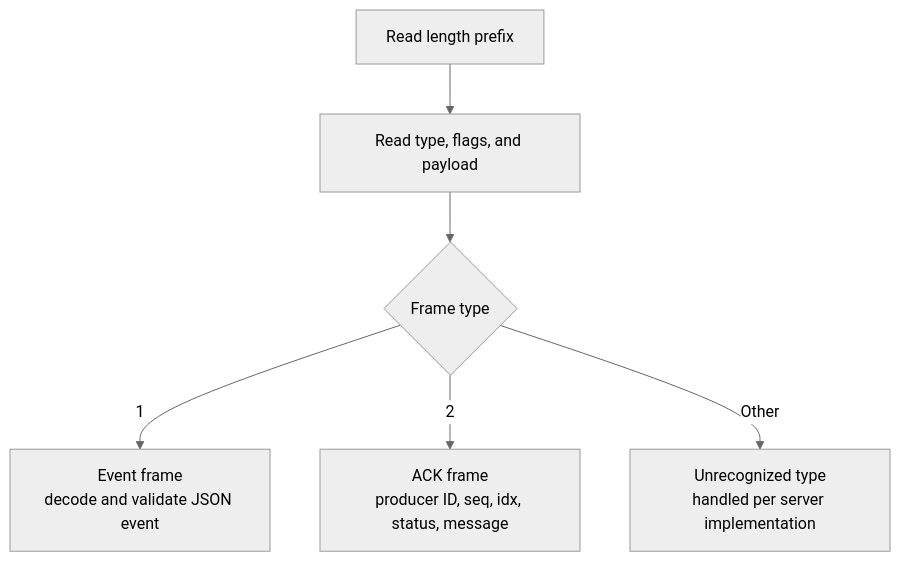
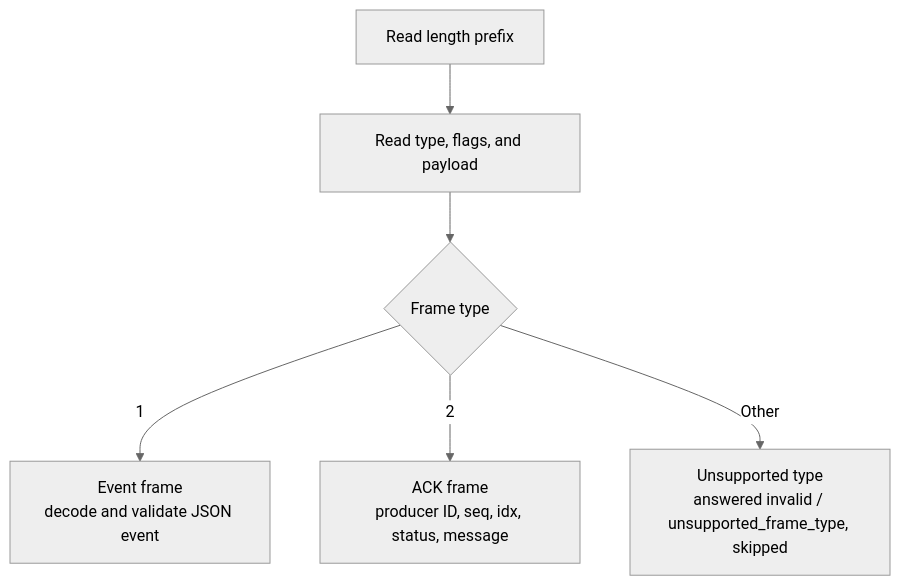
The second of 2 diagrams in docs/wire-protocol.md (PratyushVishal11011/Fairgate), drawn with Mermaid (neutral theme) before and after one commit. The commit also changed other lines of this file and 27 other files, not shown here.

````diff
--- a/docs/wire-protocol.md
+++ b/docs/wire-protocol.md
@@ -28,8 +28,8 @@
 ```mermaid
 flowchart TD
     R["Read length prefix"] --> RB["Read type, flags, and payload"]
     RB --> TY{"Frame type"}
     TY -->|"1"| EV["Event frame<br/>decode and validate JSON event"]
     TY -->|"2"| AK["ACK frame<br/>producer ID, seq, idx, status, message"]
-    TY -->|"Other"| UN["Unrecognized type<br/>handled per server implementation"]
+    TY -->|"Other"| UN["Unsupported type<br/>answered invalid / unsupported_frame_type, skipped"]
 ```
````
